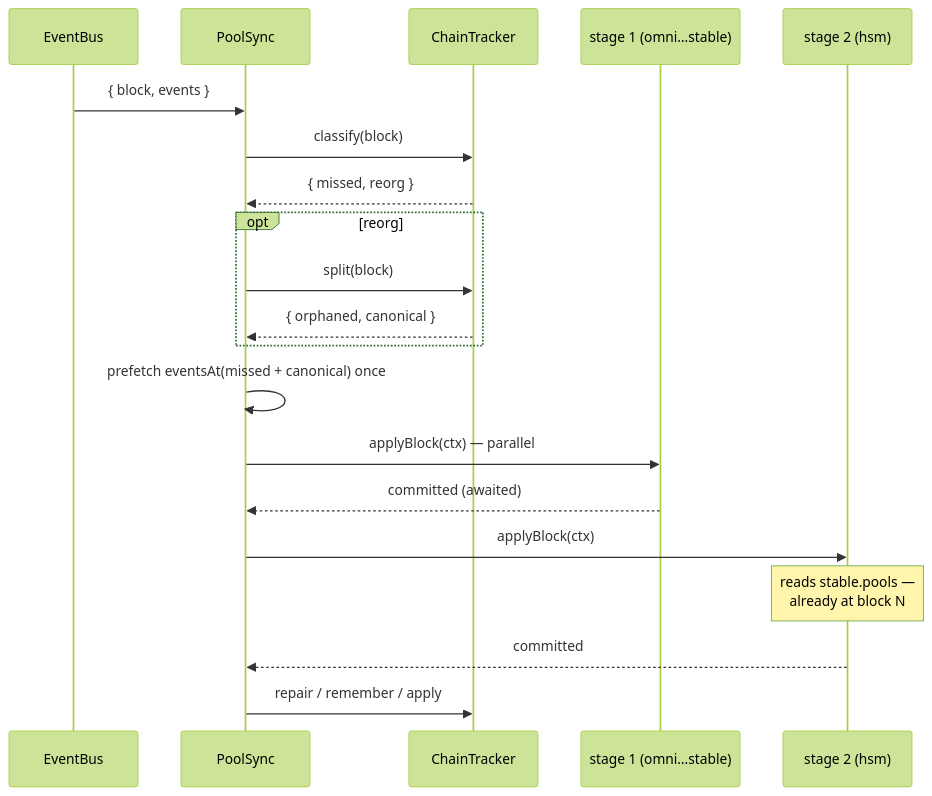
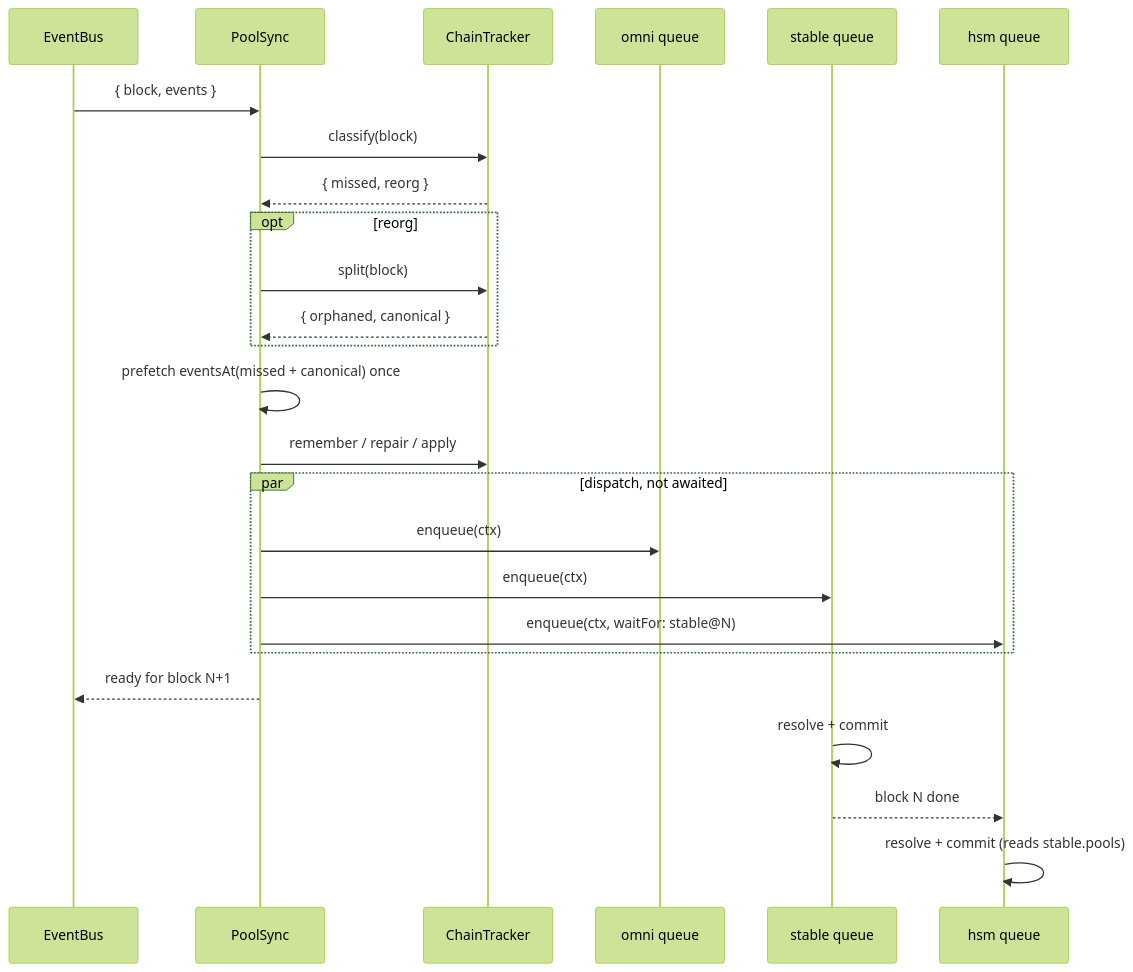
The second of 2 diagrams in packages/sdk-next/docs/SYNC_ENGINE.md (galacticcouncil/sdk), drawn with Mermaid (forest theme) before and after one commit. The commit also changed other lines of this file and 11 other files, not shown here.

````diff
--- a/packages/sdk-next/docs/SYNC_ENGINE.md
+++ b/packages/sdk-next/docs/SYNC_ENGINE.md
@@ -85,23 +93,28 @@
 ```mermaid
 sequenceDiagram
   participant Bus as EventBus
   participant Eng as PoolSync
   participant Chain as ChainTracker
-  participant S1 as stage 1 (omni…stable)
-  participant S2 as stage 2 (hsm)
+  participant Omni as omni queue
+  participant Stbl as stable queue
+  participant Hsm as hsm queue
 
   Bus->>Eng: { block, events }
   Eng->>Chain: classify(block)
   Chain-->>Eng: { missed, reorg }
   opt reorg
     Eng->>Chain: split(block)
     Chain-->>Eng: { orphaned, canonical }
   end
   Eng->>Eng: prefetch eventsAt(missed + canonical) once
-  Eng->>S1: applyBlock(ctx) — parallel
-  S1-->>Eng: committed (awaited)
-  Eng->>S2: applyBlock(ctx)
-  Note over S2: reads stable.pools —<br/>already at block N
-  S2-->>Eng: committed
-  Eng->>Chain: repair / remember / apply
+  Eng->>Chain: remember / repair / apply
+  par dispatch, not awaited
+    Eng->>Omni: enqueue(ctx)
+    Eng->>Stbl: enqueue(ctx)
+    Eng->>Hsm: enqueue(ctx, waitFor: stable@N)
+  end
+  Eng-->>Bus: ready for block N+1
+  Stbl->>Stbl: resolve + commit
+  Stbl-->>Hsm: block N done
+  Hsm->>Hsm: resolve + commit (reads stable.pools)
 ```
````
